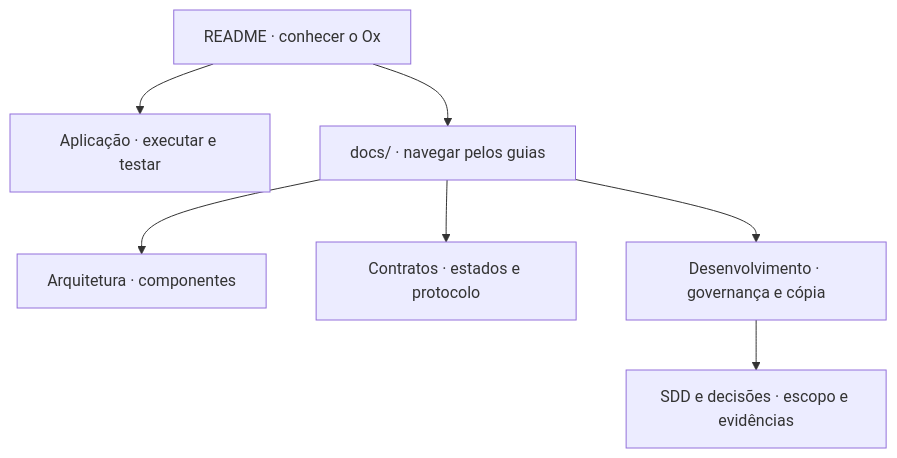
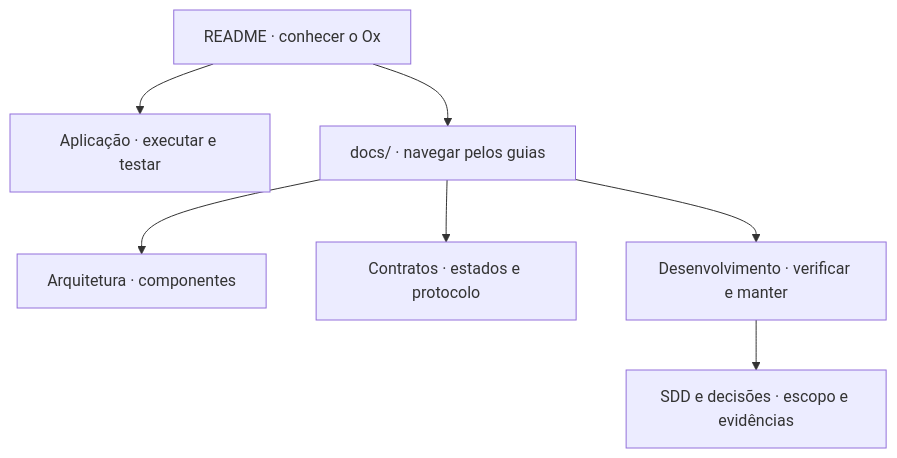
Before and after one commit to T-R-Solutions/ox: the diagram in docs/README.md, drawn with Mermaid. The commit also changed other lines of this file and 18010 other files, not shown here.

````diff
--- a/docs/README.md
+++ b/docs/README.md
@@ -16,11 +16,11 @@
 ```mermaid
 flowchart TD
     accTitle: Encontre a entrada certa para cada tarefa
     accDescr: O README apresenta o produto. O guia de aplicação ensina primeiro uso e testes. Arquitetura explica componentes, contratos descrevem estados e protocolos e governança orienta o trabalho. SDD e decisões contêm escopo e aceitação.
     R["README · conhecer o Ox"] --> USE["Aplicação · executar e testar"]
     R --> D["docs/ · navegar pelos guias"]
     D --> A["Arquitetura · componentes"]
     D --> C["Contratos · estados e protocolo"]
-    D --> G["Desenvolvimento · governança e cópia"]
+    D --> G["Desenvolvimento · verificar e manter"]
     G --> S["SDD e decisões · escopo e evidências"]
 ```
````
